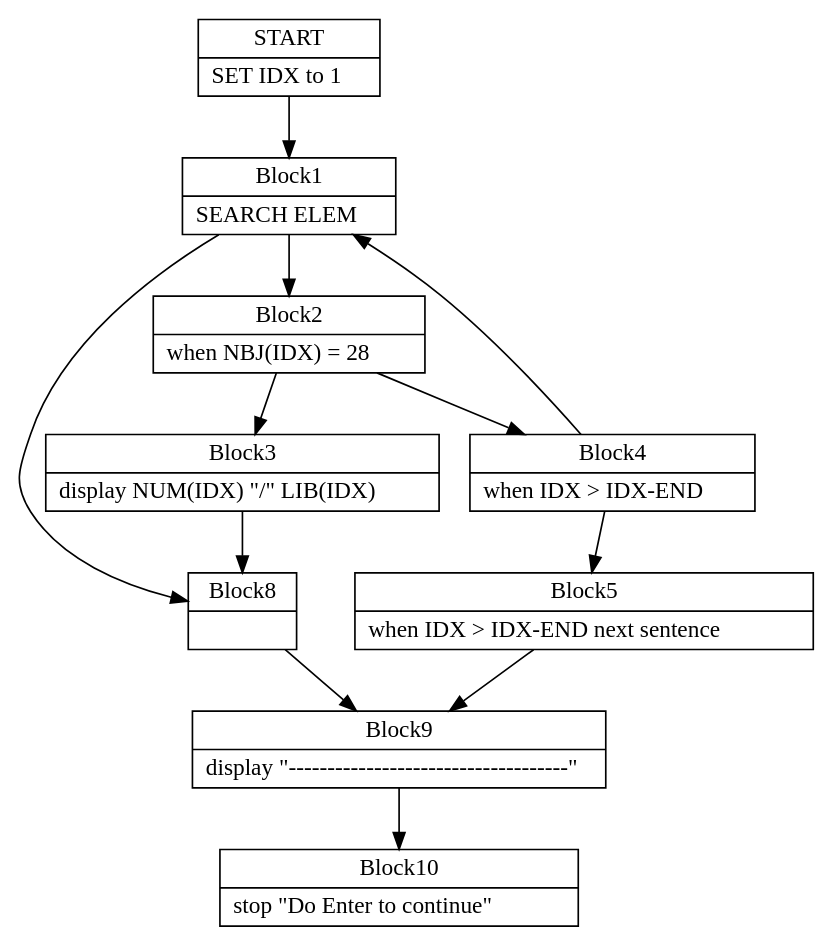
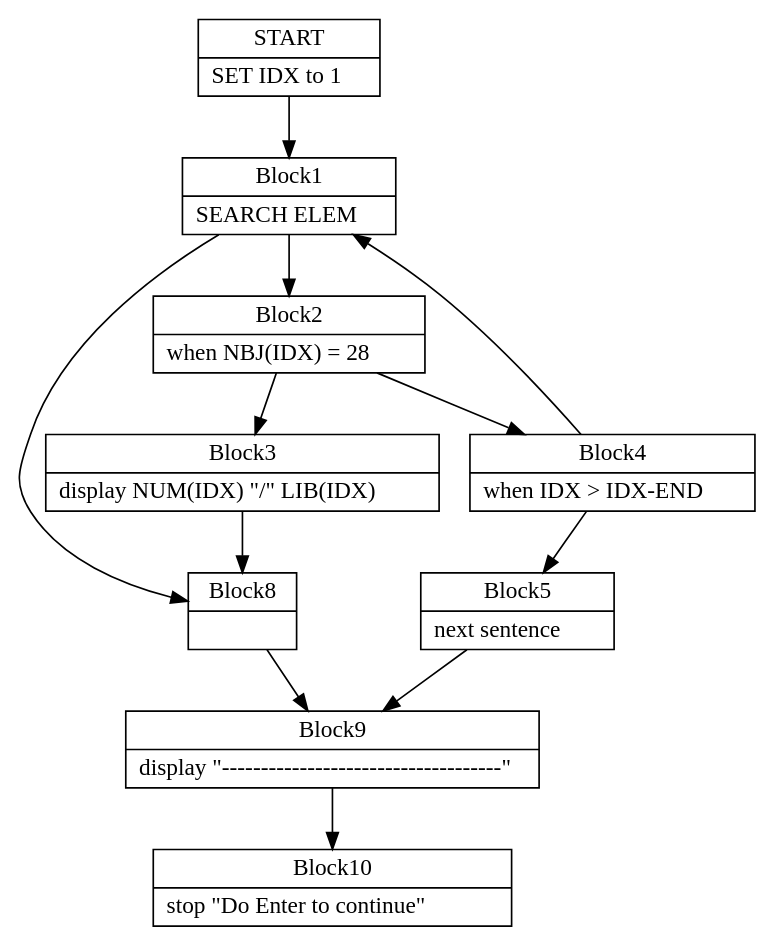
One commit to TypeCobolTeam/TypeCobol changed the diagram in TypeCobol.Analysis.Test/DotOutput/SearchNextSentence0.dot. Above: the diagram before and after it, drawn with Graphviz. The commit also changed 7 other files, not shown here.

```diff
--- a/TypeCobol.Analysis.Test/DotOutput/SearchNextSentence0.dot
+++ b/TypeCobol.Analysis.Test/DotOutput/SearchNextSentence0.dot
@@ -1,48 +1,48 @@
 digraph Cfg {
 node [
 shape = "record"
 ]
 
 edge [
 arrowtail = "empty"
 ]
 Block0 [
 label = "{START|    SET IDX to 1\l}"
 ]
 Block1 [
 label = "{Block1|    SEARCH ELEM\l}"
 ]
 Block2 [
 label = "{Block2|           when NBJ(IDX) = 28\l}"
 ]
 Block3 [
 label = "{Block3|           display NUM(IDX) \"/\" LIB(IDX)\l}"
 ]
 Block8 [
 label = "{Block8|}"
 ]
 Block9 [
 label = "{Block9|    display \"------------------------------------\"\l}"
 ]
 Block10 [
 label = "{Block10|    stop \"Do Enter to continue\"\l}"
 ]
 Block4 [
 label = "{Block4|           when IDX \> IDX-END\l}"
 ]
 Block5 [
-label = "{Block5|           when IDX \> IDX-END next sentence\l}"
+label = "{Block5|                              next sentence\l}"
 ]
 Block0 -> Block1
 Block1 -> Block2
 Block1 -> Block8
 Block2 -> Block3
 Block2 -> Block4
 Block3 -> Block8
 Block8 -> Block9
 Block9 -> Block10
 Block4 -> Block5
 Block4 -> Block1
 Block5 -> Block9
 
 }
```
